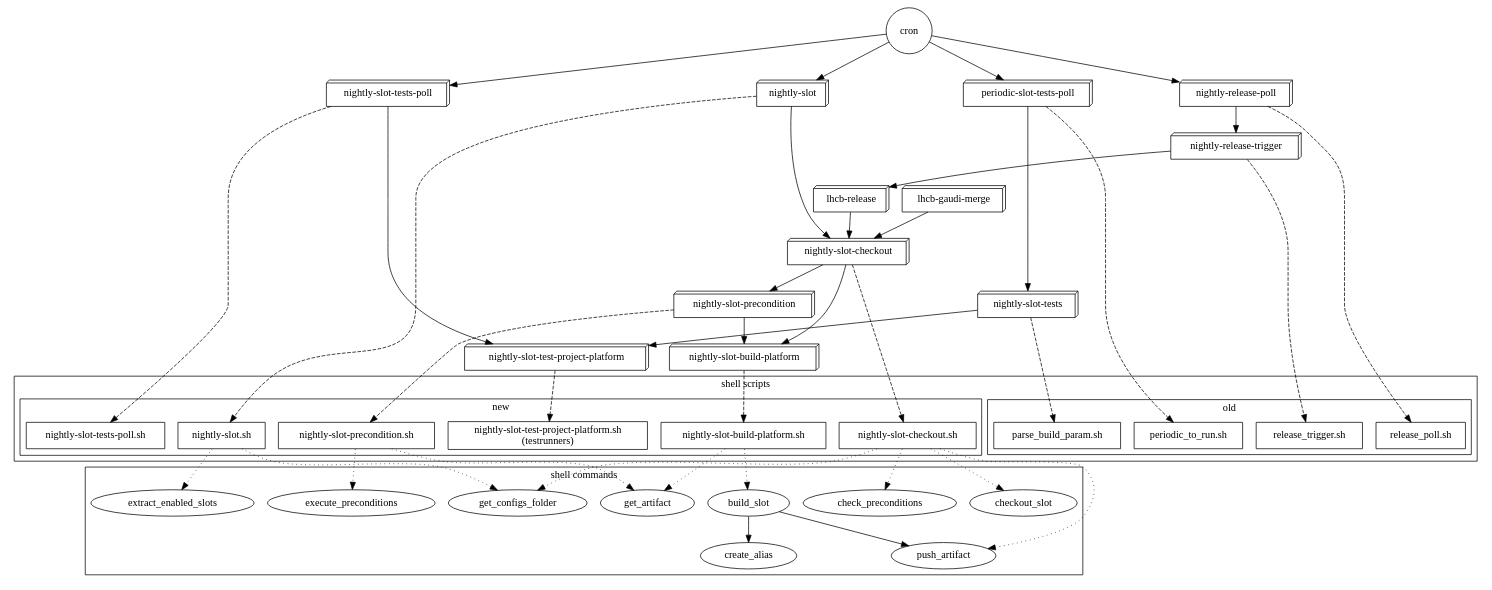
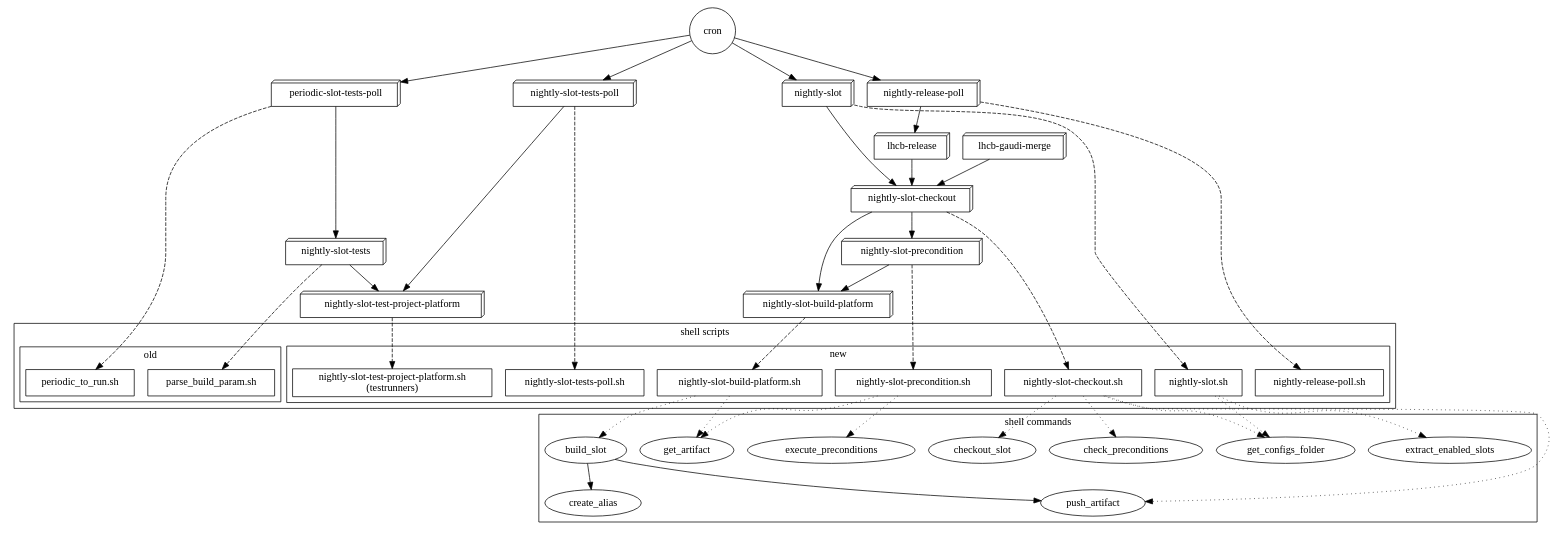
One commit to LHCbDev/lhcbpr2all changed the diagram in docs/jenkins-scripts.dot. Above: the diagram before and after it, drawn with Graphviz. The commit also changed 11 other files, not shown here.

```diff
--- a/docs/jenkins-scripts.dot
+++ b/docs/jenkins-scripts.dot
@@ -1,114 +1,112 @@
 digraph "Jenkins-scripts" {
 
 "cron" [shape=circle];
 
 cron -> { rank = same; node [shape=box3d];
   "nightly-slot";
   "nightly-slot-tests-poll";
   "periodic-slot-tests-poll";
   "nightly-release-poll";
 }
 
 // Jenkins jobs
 subgraph jobs {
   node [shape=box3d];
   //label = "Jenkins jobs";
 
   "nightly-slot" -> "nightly-slot-checkout";
   "nightly-slot-checkout" -> "nightly-slot-precondition";
   "nightly-slot-checkout" -> "nightly-slot-build-platform";
   "nightly-slot-precondition" -> "nightly-slot-build-platform";
 
   "nightly-slot-tests-poll" -> "nightly-slot-test-project-platform";
 
   "periodic-slot-tests-poll" -> "nightly-slot-tests" -> "nightly-slot-test-project-platform";
 
-  "nightly-release-poll" -> "nightly-release-trigger" -> "lhcb-release" -> "nightly-slot-checkout";
+  "nightly-release-poll" -> "lhcb-release" -> "nightly-slot-checkout";
 
   "lhcb-gaudi-merge" -> "nightly-slot-checkout";
 }
 
 // Scripts
 subgraph cluster_scripts {
   node [shape=box];
   rank = same;
   label = "shell scripts";
 
   subgraph cluster_new_scripts {
     label = "new";
     "nightly-slot.sh";
     "nightly-slot-checkout.sh";
     "nightly-slot-precondition.sh";
     "nightly-slot-build-platform.sh";
     "nightly-slot-tests-poll.sh";
     "nightly-slot-test-project-platform.sh" [label = "nightly-slot-test-project-platform.sh\n(testrunners)"];
+    "nightly-release-poll.sh";
   }
 
   subgraph cluster_old_scripts {
     label = "old";
     "periodic_to_run.sh";
     "parse_build_param.sh";
-    "release_poll.sh";
-    "release_trigger.sh";
   }
 }
 
 // Shell commands (aliases)
 subgraph cluster_commands {
   node [shape=ellipse];
   rank = same;
   label = "shell commands";
 
   get_configs_folder;
   extract_enabled_slots;
   checkout_slot;
   push_artifact;
   check_preconditions;
   get_artifact;
   execute_preconditions;
   build_slot;
   create_alias;
 
   build_slot -> { create_alias push_artifact }
 };
 
 // Connections jobs->scripts
 edge [style=dashed];
 "nightly-slot" -> "nightly-slot.sh";
 "nightly-slot-checkout" -> "nightly-slot-checkout.sh";
 "nightly-slot-precondition" -> "nightly-slot-precondition.sh";
 "nightly-slot-build-platform" -> "nightly-slot-build-platform.sh";
 "nightly-slot-tests-poll" -> "nightly-slot-tests-poll.sh";
 "nightly-slot-test-project-platform" -> "nightly-slot-test-project-platform.sh";
 "periodic-slot-tests-poll" -> "periodic_to_run.sh";
 "nightly-slot-tests" -> "parse_build_param.sh";
-"nightly-release-poll" -> "release_poll.sh";
-"nightly-release-trigger" -> "release_trigger.sh";
+"nightly-release-poll" -> "nightly-release-poll.sh";
 
 // Connections scripts->commands
 // fake level
 edge [style=dotted];
 "nightly-slot.sh" -> {
   get_configs_folder
   extract_enabled_slots
 };
 
 "nightly-slot-checkout.sh" -> {
   get_configs_folder
   checkout_slot
   push_artifact
   check_preconditions
 };
 
 "nightly-slot-precondition.sh" -> {
   get_artifact
   execute_preconditions
 };
 
 "nightly-slot-build-platform.sh" -> {
   get_artifact
   build_slot
 };
 
 //"nightly-slot-test-project-platform.sh" -> { node [shape=folder]; testrunners };
 }
```
